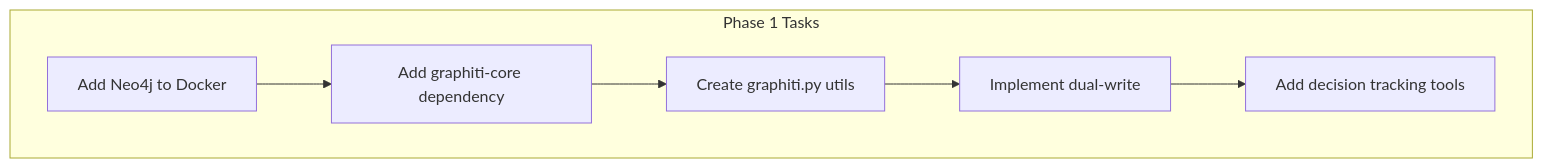
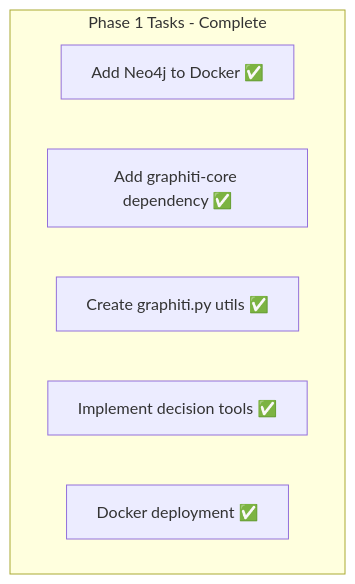
One commit to zad0xlik/sigma-evolve changed the second of 4 diagrams in memory-bank/activeContext.md. Above: the diagram before and after it, drawn with Mermaid. The commit also changed other lines of this file and 17 other files, not shown here.

````diff
--- a/memory-bank/activeContext.md
+++ b/memory-bank/activeContext.md
@@ -59,12 +102,10 @@
 ```mermaid
 flowchart TB
-    subgraph P1["Phase 1 Tasks"]
-        T1[Add Neo4j to Docker]
-        T2[Add graphiti-core dependency]
-        T3[Create graphiti.py utils]
-        T4[Implement dual-write]
-        T5[Add decision tracking tools]
+    subgraph P1["Phase 1 Tasks - Complete"]
+        T1[Add Neo4j to Docker ✅]
+        T2[Add graphiti-core dependency ✅]
+        T3[Create graphiti.py utils ✅]
+        T4[Implement decision tools ✅]
+        T5[Docker deployment ✅]
     end
-    
-    T1 --> T2 --> T3 --> T4 --> T5
 ```
````
